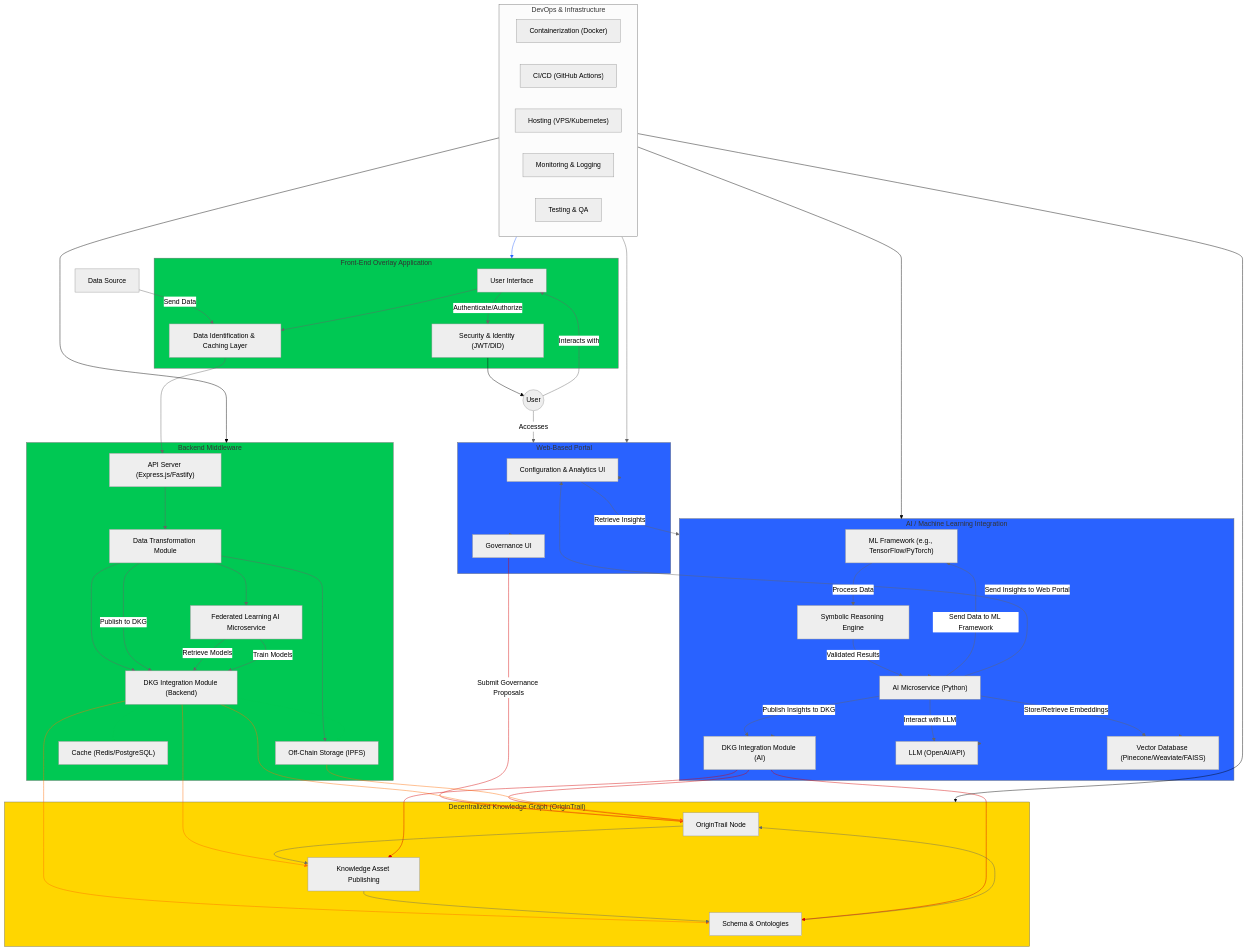
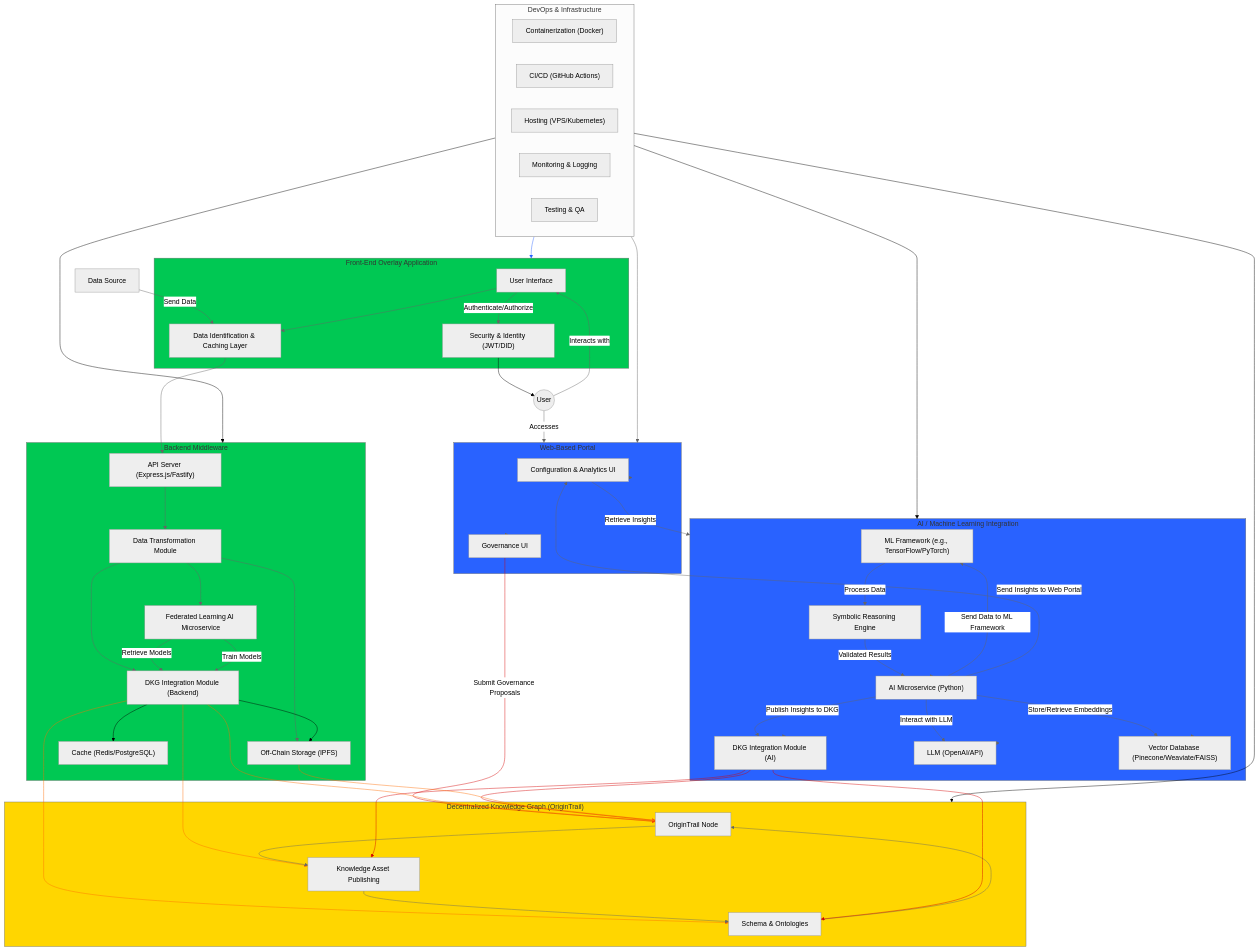
The diagram in README.md (thebalaa/project-root), drawn with Mermaid (neutral theme) before and after one commit. The commit also changed other lines of this file and 18 other files, not shown here.

````diff
--- a/README.md
+++ b/README.md
@@ -202,7 +218,6 @@
     BE1 --> BE2
     BE2 --> BE3 & BE4 & BE8
     BE3 --> DKG1 & DKG2 & DKG3 & BE4 & BE5
-    BE2 -- Publish to DKG --> BE3
     BE8 -- Retrieve Models --> BE3
     BE8 -- Train Models --> BE3
     DKG1 --> DKG2
@@ -225,19 +240,19 @@
     style Front_End fill:#00C853
     style Backend fill:#00C853
     style DKG fill:#FFD600
-    linkStyle 9 stroke:#D50000
+    linkStyle 9 stroke:#D50000,fill:none
     linkStyle 14 stroke:#FF6D00,fill:none
     linkStyle 15 stroke:#FF6D00,fill:none
     linkStyle 16 stroke:#FF6D00,fill:none
-    linkStyle 17 stroke:#00C853,fill:none
-    linkStyle 18 stroke:#00C853,fill:none
+    linkStyle 17 stroke:#000000,fill:none
+    linkStyle 18 stroke:#000000,fill:none
+    linkStyle 35 stroke:#D50000,fill:none
     linkStyle 36 stroke:#D50000,fill:none
     linkStyle 37 stroke:#D50000,fill:none
-    linkStyle 38 stroke:#D50000,fill:none
-    linkStyle 39 stroke:#FF6D00,fill:none
-    linkStyle 40 stroke:#000000,fill:none
-    linkStyle 41 stroke:#2962FF,fill:none
+    linkStyle 38 stroke:#FF6D00,fill:none
+    linkStyle 39 stroke:#000000,fill:none
+    linkStyle 40 stroke:#2962FF,fill:none
+    linkStyle 41 stroke:#000000,fill:none
     linkStyle 42 stroke:#000000,fill:none
     linkStyle 43 stroke:#000000,fill:none
-    linkStyle 44 stroke:#000000,fill:none
 ```
````
